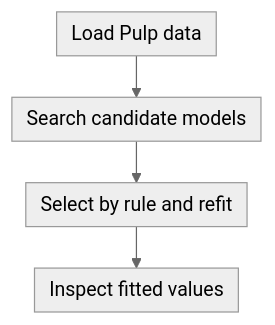
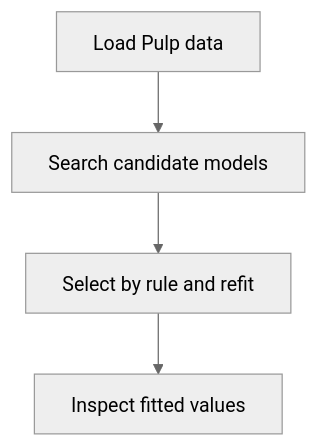
Before and after one commit to stefanlindstroem/pipls_private: the diagram in docs/tutorials/quick_start.md, drawn with Mermaid (neutral theme). The commit also changed 7 other files, not shown here.

````diff
--- a/docs/tutorials/quick_start.md
+++ b/docs/tutorials/quick_start.md
@@ -10,17 +10,13 @@
 ```mermaid
 ---
 config:
-  flowchart:
-    diagramPadding: 4
-    padding: 6
-    nodeSpacing: 28
-    rankSpacing: 34
+  htmlLabels: false
 ---
 flowchart TD
     load["Load Pulp data"]
     search["Search candidate models"]
     refit["Select by rule and refit"]
     inspect["Inspect fitted values"]
 
     load --> search --> refit --> inspect
 ```
````
